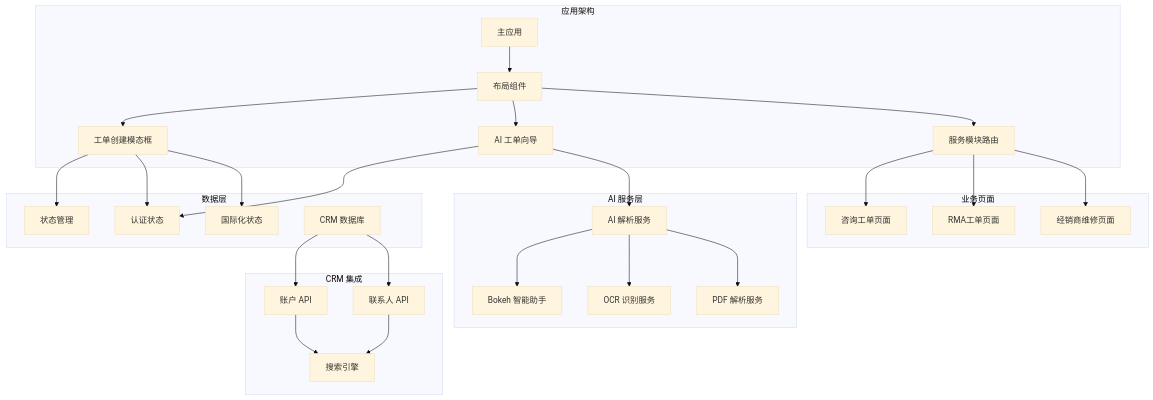
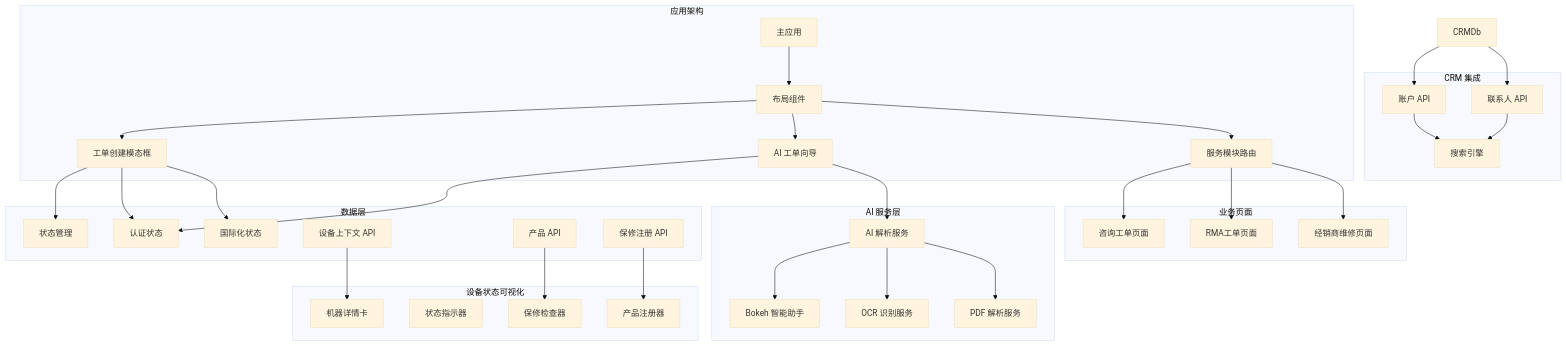
Before and after one commit to CubeEdge/Longhorn: the first of 35 diagrams in .qoder/repowiki/zh/content/TicketCreationModal 工单创建模态框.md, drawn with Mermaid (base theme). The commit also changed other lines of this file and 47 other files, not shown here.

````diff
--- a/.qoder/repowiki/zh/content/TicketCreationModal 工单创建模态框.md
+++ b/.qoder/repowiki/zh/content/TicketCreationModal 工单创建模态框.md
@@ -57,51 +67,62 @@
 ```mermaid
 graph TB
 subgraph "应用架构"
 App[主应用]
 MainLayout[布局组件]
 TicketCreationModal[工单创建模态框]
 TicketAiWizard[AI 工单向导]
 ServiceRoutes[服务模块路由]
 end
 subgraph "数据层"
 useTicketStore[状态管理]
 AuthStore[认证状态]
 LanguageStore[国际化状态]
-CRMDb[CRM 数据库]
+ContextAPI[设备上下文 API]
+ProductsAPI[产品 API]
+WarrantyAPI[保修注册 API]
 end
 subgraph "业务页面"
 InquiryPage[咨询工单页面]
 RMAPage[RMA工单页面]
 DealerPage[经销商维修页面]
 end
 subgraph "AI 服务层"
 AIService[AI 解析服务]
 BokehAssistant[Bokeh 智能助手]
 OCRService[OCR 识别服务]
 PDFParser[PDF 解析服务]
 end
 subgraph "CRM 集成"
 AccountsAPI[账户 API]
 ContactsAPI[联系人 API]
 SearchEngine[搜索引擎]
 end
+subgraph "设备状态可视化"
+DeviceCard[机器详情卡]
+StatusIndicator[状态指示器]
+WarrantyChecker[保修检查器]
+ProductRegistrar[产品注册器]
+end
 App --> MainLayout
 MainLayout --> TicketCreationModal
 MainLayout --> TicketAiWizard
 MainLayout --> ServiceRoutes
 TicketCreationModal --> useTicketStore
 TicketCreationModal --> AuthStore
 TicketCreationModal --> LanguageStore
 TicketAiWizard --> AuthStore
 TicketAiWizard --> AIService
 AIService --> BokehAssistant
 AIService --> OCRService
 AIService --> PDFParser
 CRMDb --> AccountsAPI
 CRMDb --> ContactsAPI
 AccountsAPI --> SearchEngine
 ContactsAPI --> SearchEngine
+ContextAPI --> DeviceCard
+ProductsAPI --> WarrantyChecker
+WarrantyAPI --> ProductRegistrar
 ServiceRoutes --> InquiryPage
 ServiceRoutes --> RMAPage
 ServiceRoutes --> DealerPage
 ```
````
